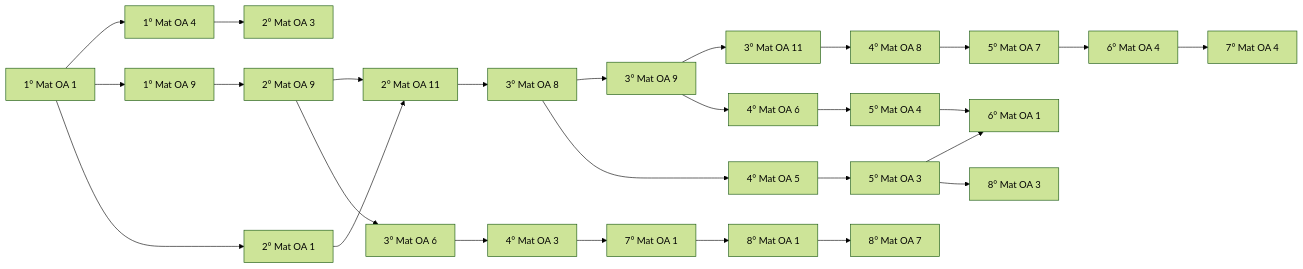
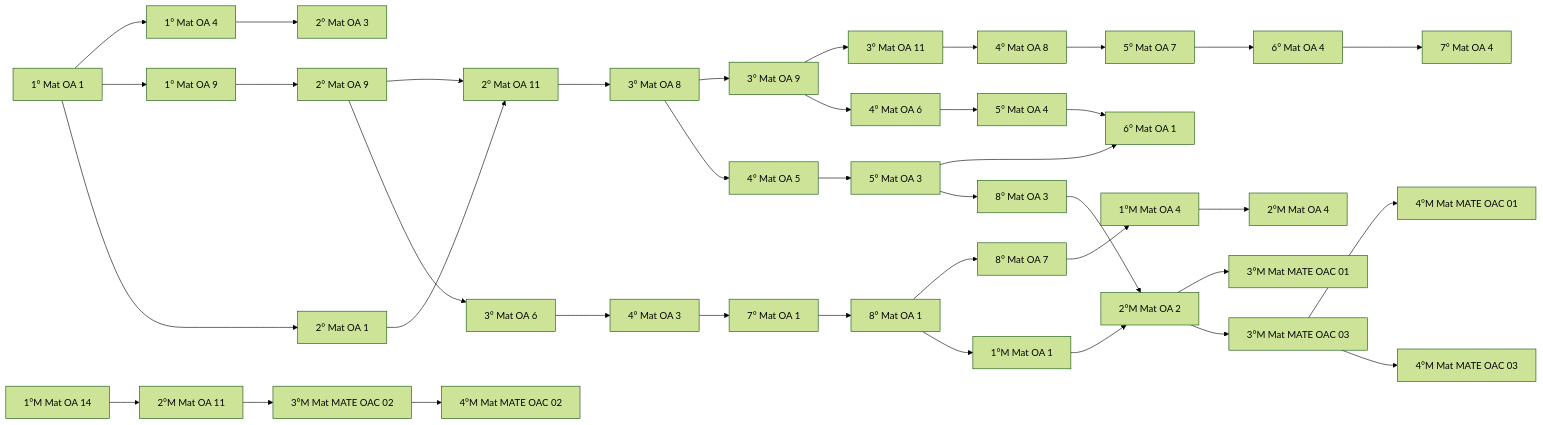
Before and after one commit to seanduarteu-cyber/PRODUCCION-PLAYMAKER: the first of 4 diagrams in expedicion-saber/docs/progresion.md, drawn with Mermaid (forest theme). The commit also changed 7 other files, not shown here.

````diff
--- a/expedicion-saber/docs/progresion.md
+++ b/expedicion-saber/docs/progresion.md
@@ -21,29 +21,41 @@
 ```mermaid
 flowchart LR
   1_basico_matematica_OA1["1° Mat OA 1"] --> 1_basico_matematica_OA4["1° Mat OA 4"]
   1_basico_matematica_OA1["1° Mat OA 1"] --> 1_basico_matematica_OA9["1° Mat OA 9"]
   1_basico_matematica_OA1["1° Mat OA 1"] --> 2_basico_matematica_OA1["2° Mat OA 1"]
   1_basico_matematica_OA4["1° Mat OA 4"] --> 2_basico_matematica_OA3["2° Mat OA 3"]
   1_basico_matematica_OA9["1° Mat OA 9"] --> 2_basico_matematica_OA9["2° Mat OA 9"]
   2_basico_matematica_OA1["2° Mat OA 1"] --> 2_basico_matematica_OA11["2° Mat OA 11"]
   2_basico_matematica_OA9["2° Mat OA 9"] --> 2_basico_matematica_OA11["2° Mat OA 11"]
   2_basico_matematica_OA9["2° Mat OA 9"] --> 3_basico_matematica_OA6["3° Mat OA 6"]
   2_basico_matematica_OA11["2° Mat OA 11"] --> 3_basico_matematica_OA8["3° Mat OA 8"]
   3_basico_matematica_OA8["3° Mat OA 8"] --> 3_basico_matematica_OA9["3° Mat OA 9"]
   3_basico_matematica_OA9["3° Mat OA 9"] --> 3_basico_matematica_OA11["3° Mat OA 11"]
   3_basico_matematica_OA6["3° Mat OA 6"] --> 4_basico_matematica_OA3["4° Mat OA 3"]
   3_basico_matematica_OA8["3° Mat OA 8"] --> 4_basico_matematica_OA5["4° Mat OA 5"]
   3_basico_matematica_OA9["3° Mat OA 9"] --> 4_basico_matematica_OA6["4° Mat OA 6"]
   3_basico_matematica_OA11["3° Mat OA 11"] --> 4_basico_matematica_OA8["4° Mat OA 8"]
   4_basico_matematica_OA5["4° Mat OA 5"] --> 5_basico_matematica_OA3["5° Mat OA 3"]
   4_basico_matematica_OA6["4° Mat OA 6"] --> 5_basico_matematica_OA4["5° Mat OA 4"]
   4_basico_matematica_OA8["4° Mat OA 8"] --> 5_basico_matematica_OA7["5° Mat OA 7"]
   5_basico_matematica_OA3["5° Mat OA 3"] --> 6_basico_matematica_OA1["6° Mat OA 1"]
   5_basico_matematica_OA4["5° Mat OA 4"] --> 6_basico_matematica_OA1["6° Mat OA 1"]
   5_basico_matematica_OA7["5° Mat OA 7"] --> 6_basico_matematica_OA4["6° Mat OA 4"]
   4_basico_matematica_OA3["4° Mat OA 3"] --> 7_basico_matematica_OA1["7° Mat OA 1"]
   6_basico_matematica_OA4["6° Mat OA 4"] --> 7_basico_matematica_OA4["7° Mat OA 4"]
   7_basico_matematica_OA1["7° Mat OA 1"] --> 8_basico_matematica_OA1["8° Mat OA 1"]
   5_basico_matematica_OA3["5° Mat OA 3"] --> 8_basico_matematica_OA3["8° Mat OA 3"]
   8_basico_matematica_OA1["8° Mat OA 1"] --> 8_basico_matematica_OA7["8° Mat OA 7"]
+  8_basico_matematica_OA1["8° Mat OA 1"] --> 1_medio_matematica_OA1["1°M Mat OA 1"]
+  8_basico_matematica_OA7["8° Mat OA 7"] --> 1_medio_matematica_OA4["1°M Mat OA 4"]
+  1_medio_matematica_OA1["1°M Mat OA 1"] --> 2_medio_matematica_OA2["2°M Mat OA 2"]
+  8_basico_matematica_OA3["8° Mat OA 3"] --> 2_medio_matematica_OA2["2°M Mat OA 2"]
+  1_medio_matematica_OA4["1°M Mat OA 4"] --> 2_medio_matematica_OA4["2°M Mat OA 4"]
+  1_medio_matematica_OA14["1°M Mat OA 14"] --> 2_medio_matematica_OA11["2°M Mat OA 11"]
+  2_medio_matematica_OA2["2°M Mat OA 2"] --> 3_medio_matematica_OA1["3°M Mat MATE OAC 01"]
+  2_medio_matematica_OA11["2°M Mat OA 11"] --> 3_medio_matematica_OA2["3°M Mat MATE OAC 02"]
+  2_medio_matematica_OA2["2°M Mat OA 2"] --> 3_medio_matematica_OA3["3°M Mat MATE OAC 03"]
+  3_medio_matematica_OA3["3°M Mat MATE OAC 03"] --> 4_medio_matematica_OA1["4°M Mat MATE OAC 01"]
+  3_medio_matematica_OA2["3°M Mat MATE OAC 02"] --> 4_medio_matematica_OA2["4°M Mat MATE OAC 02"]
+  3_medio_matematica_OA3["3°M Mat MATE OAC 03"] --> 4_medio_matematica_OA3["4°M Mat MATE OAC 03"]
 ```
````
